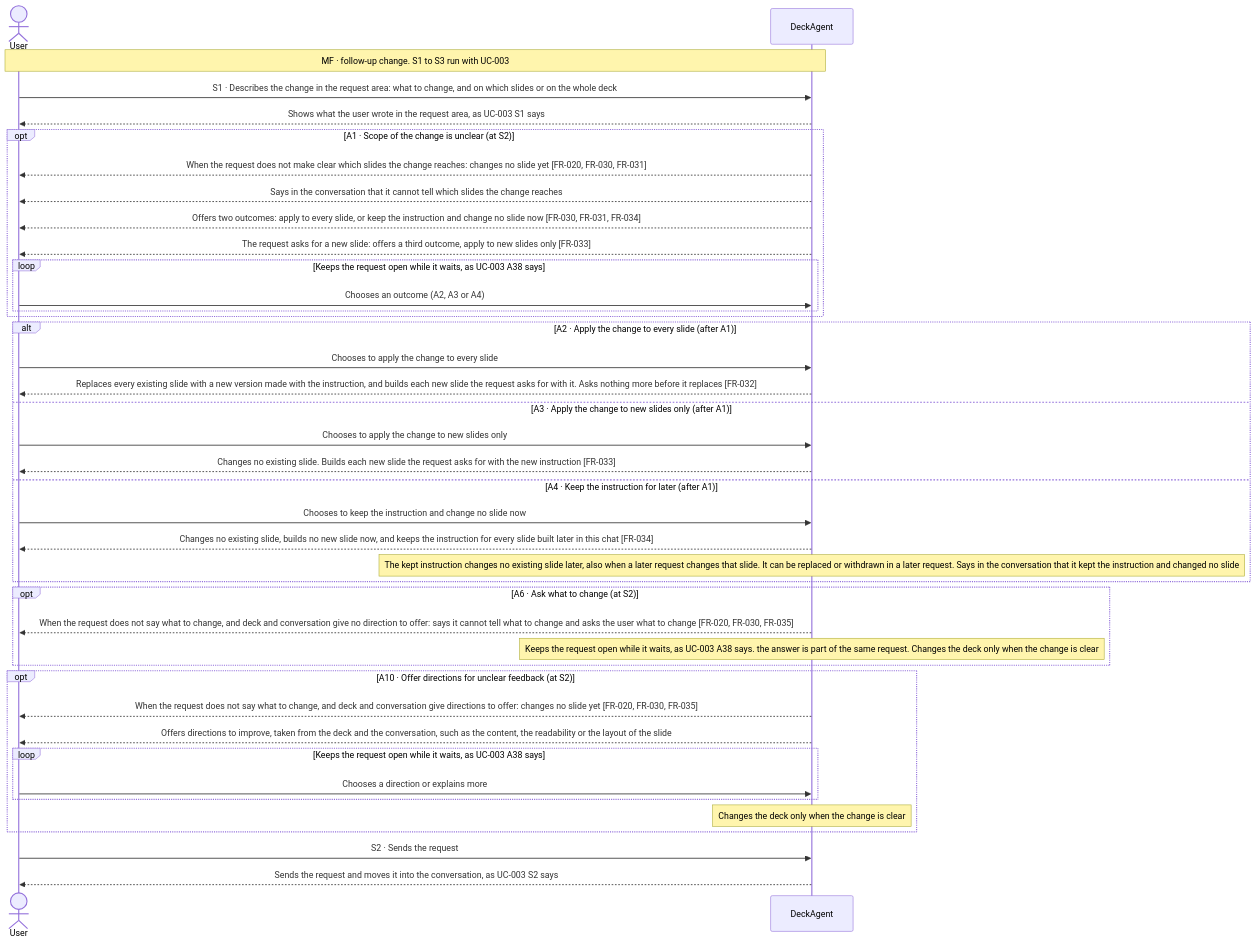
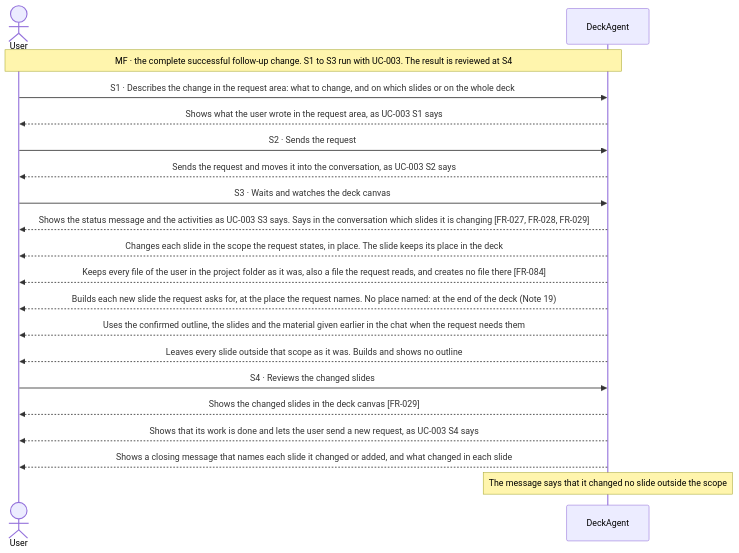
Before and after one commit to Luke23127006/DeckAgent: the first of 13 diagrams in docs/spec/03-use-cases/UC-002.md, drawn with Mermaid. The commit also changed other lines of this file and 25 other files, not shown here.

Commit message:
docs(spec): restructure use cases with main flow first

````diff
--- a/docs/spec/03-use-cases/UC-002.md
+++ b/docs/spec/03-use-cases/UC-002.md
@@ -41,42 +41,22 @@
 ```mermaid
 sequenceDiagram
     actor User
     participant DeckAgent
-    Note over User,DeckAgent: MF · follow-up change. S1 to S3 run with UC-003
+    Note over User,DeckAgent: MF · the complete successful follow-up change. S1 to S3 run with UC-003. The result is reviewed at S4
     User->>DeckAgent: S1 · Describes the change in the request area: what to change, and on which slides or on the whole deck
     DeckAgent-->>User: Shows what the user wrote in the request area, as UC-003 S1 says
-    opt A1 · Scope of the change is unclear (at S2)
-        DeckAgent-->>User: When the request does not make clear which slides the change reaches: changes no slide yet [FR-020, FR-030, FR-031]
-        DeckAgent-->>User: Says in the conversation that it cannot tell which slides the change reaches
-        DeckAgent-->>User: Offers two outcomes: apply to every slide, or keep the instruction and change no slide now [FR-030, FR-031, FR-034]
-        DeckAgent-->>User: The request asks for a new slide: offers a third outcome, apply to new slides only [FR-033]
-        loop Keeps the request open while it waits, as UC-003 A38 says
-            User->>DeckAgent: Chooses an outcome (A2, A3 or A4)
-        end
-    end
-    alt A2 · Apply the change to every slide (after A1)
-        User->>DeckAgent: Chooses to apply the change to every slide
-        DeckAgent-->>User: Replaces every existing slide with a new version made with the instruction, and builds each new slide the request asks for with it. Asks nothing more before it replaces [FR-032]
-    else A3 · Apply the change to new slides only (after A1)
-        User->>DeckAgent: Chooses to apply the change to new slides only
-        DeckAgent-->>User: Changes no existing slide. Builds each new slide the request asks for with the new instruction [FR-033]
-    else A4 · Keep the instruction for later (after A1)
-        User->>DeckAgent: Chooses to keep the instruction and change no slide now
-        DeckAgent-->>User: Changes no existing slide, builds no new slide now, and keeps the instruction for every slide built later in this chat [FR-034]
-        note over DeckAgent: The kept instruction changes no existing slide later, also when a later request changes that slide. It can be replaced or withdrawn in a later request. Says in the conversation that it kept the instruction and changed no slide
-    end
-    opt A6 · Ask what to change (at S2)
-        DeckAgent-->>User: When the request does not say what to change, and deck and conversation give no direction to offer: says it cannot tell what to change and asks the user what to change [FR-020, FR-030, FR-035]
-        note over DeckAgent: Keeps the request open while it waits, as UC-003 A38 says. the answer is part of the same request. Changes the deck only when the change is clear
-    end
-    opt A10 · Offer directions for unclear feedback (at S2)
-        DeckAgent-->>User: When the request does not say what to change, and deck and conversation give directions to offer: changes no slide yet [FR-020, FR-030, FR-035]
-        DeckAgent-->>User: Offers directions to improve, taken from the deck and the conversation, such as the content, the readability or the layout of the slide
-        loop Keeps the request open while it waits, as UC-003 A38 says
-            User->>DeckAgent: Chooses a direction or explains more
-        end
-        note over DeckAgent: Changes the deck only when the change is clear
-    end
     User->>DeckAgent: S2 · Sends the request
     DeckAgent-->>User: Sends the request and moves it into the conversation, as UC-003 S2 says
+    User->>DeckAgent: S3 · Waits and watches the deck canvas
+    DeckAgent-->>User: Shows the status message and the activities as UC-003 S3 says. Says in the conversation which slides it is changing [FR-027, FR-028, FR-029]
+    DeckAgent-->>User: Changes each slide in the scope the request states, in place. The slide keeps its place in the deck
+    DeckAgent-->>User: Keeps every file of the user in the project folder as it was, also a file the request reads, and creates no file there [FR-084]
+    DeckAgent-->>User: Builds each new slide the request asks for, at the place the request names. No place named: at the end of the deck (Note 19)
+    DeckAgent-->>User: Uses the confirmed outline, the slides and the material given earlier in the chat when the request needs them
+    DeckAgent-->>User: Leaves every slide outside that scope as it was. Builds and shows no outline
+    User->>DeckAgent: S4 · Reviews the changed slides
+    DeckAgent-->>User: Shows the changed slides in the deck canvas [FR-029]
+    DeckAgent-->>User: Shows that its work is done and lets the user send a new request, as UC-003 S4 says
+    DeckAgent-->>User: Shows a closing message that names each slide it changed or added, and what changed in each slide
+    note over DeckAgent: The message says that it changed no slide outside the scope
 ```
````
